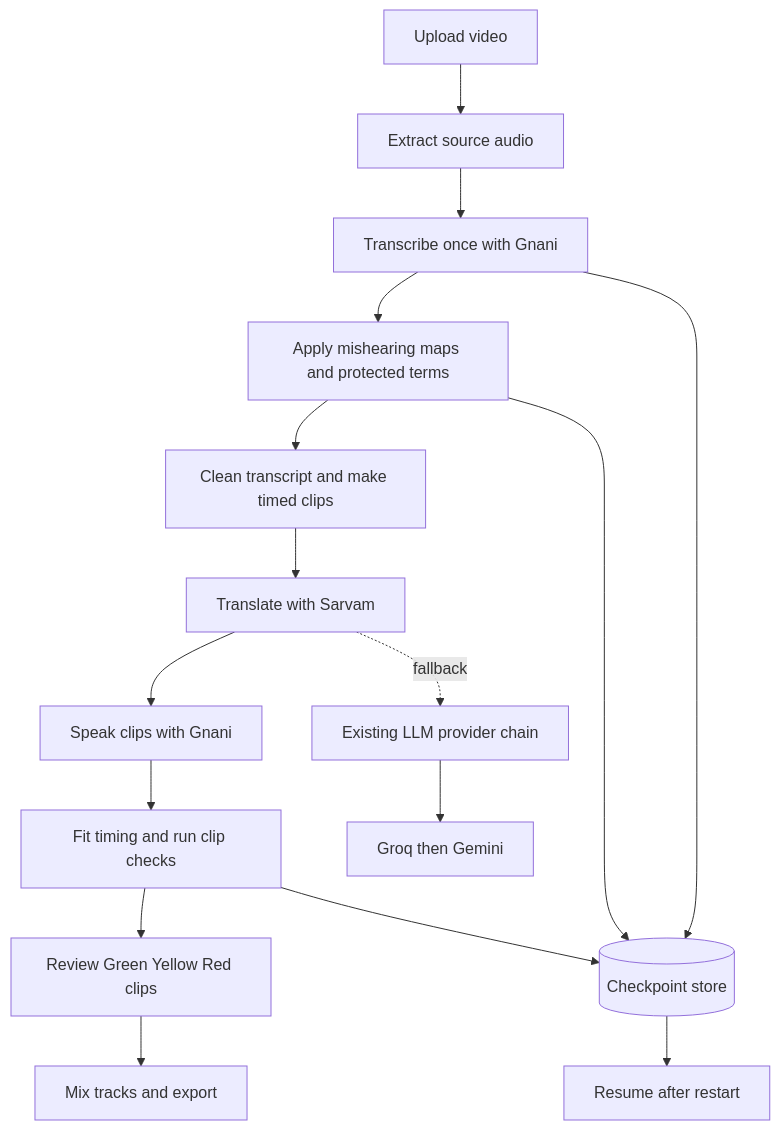
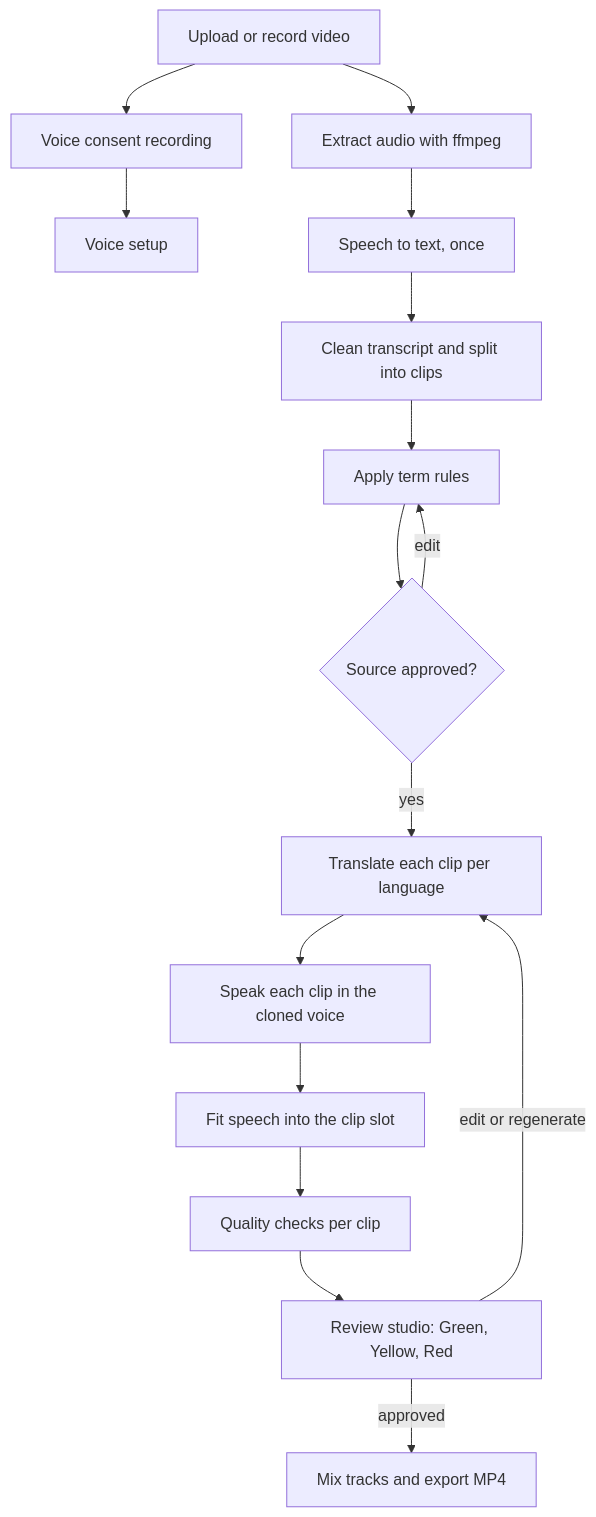
One commit to Aarti-panchal01/anek changed the first of 5 diagrams in README.md. Above: the diagram before and after it, drawn with Mermaid. The commit also changed other lines of this file, not shown here.

````diff
--- a/README.md
+++ b/README.md
@@ -45,18 +70,18 @@
 ```mermaid
 flowchart TD
-    A[Upload video] --> B[Extract source audio]
-    B --> C[Transcribe once with Gnani]
-    C --> D[Apply mishearing maps and protected terms]
-    D --> E[Clean transcript and make timed clips]
-    E --> F[Translate with Sarvam]
-    F --> G[Speak clips with Gnani]
-    G --> H[Fit timing and run clip checks]
-    H --> I[Review Green Yellow Red clips]
-    I --> J[Mix tracks and export]
-    C --> K[(Checkpoint store)]
-    D --> K
-    H --> K
-    K --> L[Resume after restart]
-    F -. fallback .-> M[Existing LLM provider chain]
-    M --> N[Groq then Gemini]
+    A[Upload or record video] --> B[Voice consent recording]
+    B --> C[Voice setup]
+    A --> D[Extract audio with ffmpeg]
+    D --> E[Speech to text, once]
+    E --> F[Clean transcript and split into clips]
+    F --> G[Apply term rules]
+    G --> H{Source approved?}
+    H -- edit --> G
+    H -- yes --> I[Translate each clip per language]
+    I --> J[Speak each clip in the cloned voice]
+    J --> K[Fit speech into the clip slot]
+    K --> L[Quality checks per clip]
+    L --> M[Review studio: Green, Yellow, Red]
+    M -- edit or regenerate --> I
+    M -- approved --> N[Mix tracks and export MP4]
 ```
````
